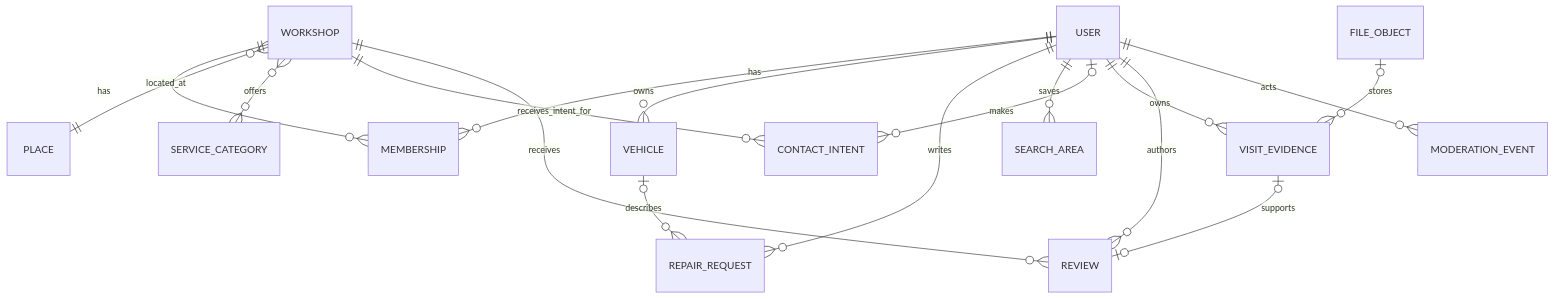
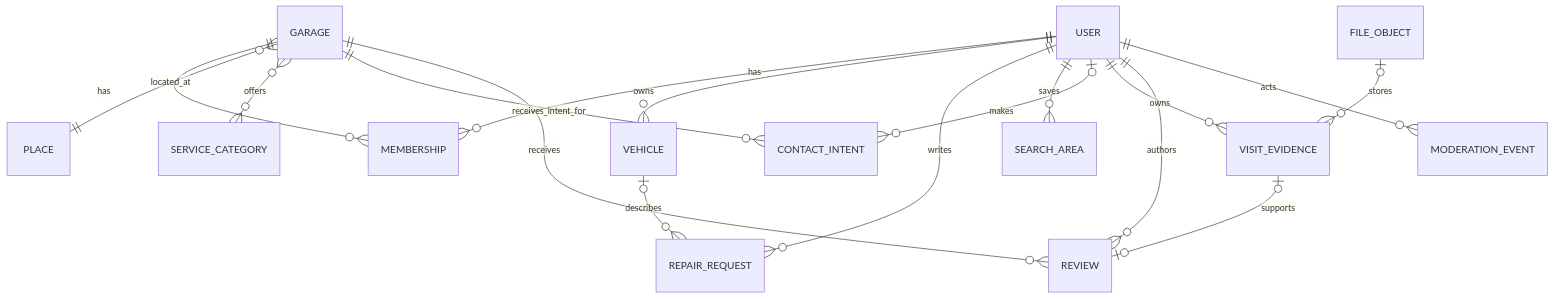
Before and after one commit to ramiz4/autokosova: the diagram in docs/architecture/DATA-MODEL.md, drawn with Mermaid. The commit also changed other lines of this file and 72 other files, not shown here.

Commit message:
refactor(garage): replace workshop terminology

````diff
--- a/docs/architecture/DATA-MODEL.md
+++ b/docs/architecture/DATA-MODEL.md
@@ -36,19 +36,19 @@
 ```mermaid
 erDiagram
   USER ||--o{ MEMBERSHIP : has
-  WORKSHOP ||--o{ MEMBERSHIP : has
-  WORKSHOP }o--|| PLACE : located_at
-  WORKSHOP }o--o{ SERVICE_CATEGORY : offers
+  GARAGE ||--o{ MEMBERSHIP : has
+  GARAGE }o--|| PLACE : located_at
+  GARAGE }o--o{ SERVICE_CATEGORY : offers
   USER ||--o{ VEHICLE : owns
   USER ||--o{ REPAIR_REQUEST : writes
   VEHICLE o|--o{ REPAIR_REQUEST : describes
   USER ||--o{ SEARCH_AREA : saves
-  WORKSHOP ||--o{ CONTACT_INTENT : receives_intent_for
+  GARAGE ||--o{ CONTACT_INTENT : receives_intent_for
   USER o|--o{ CONTACT_INTENT : makes
   USER ||--o{ VISIT_EVIDENCE : owns
   VISIT_EVIDENCE o|--o| REVIEW : supports
   USER ||--o{ REVIEW : authors
-  WORKSHOP ||--o{ REVIEW : receives
+  GARAGE ||--o{ REVIEW : receives
   FILE_OBJECT o|--o{ VISIT_EVIDENCE : stores
   USER ||--o{ MODERATION_EVENT : acts
 ```
````
